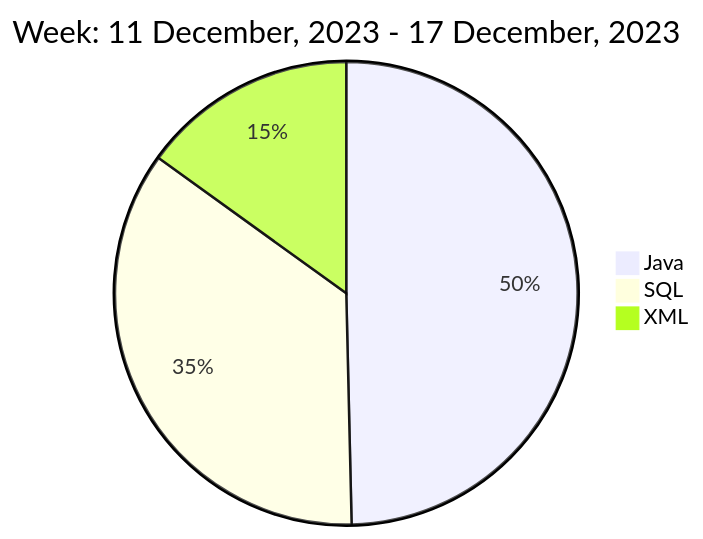
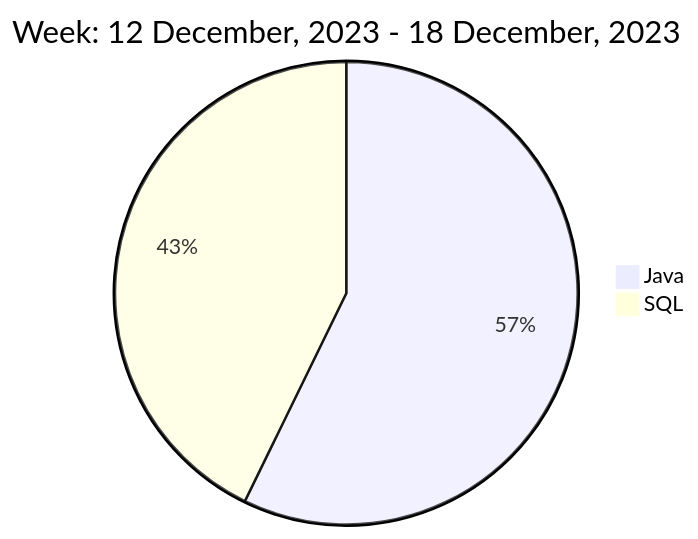
The diagram in README.md (liubin95/liubin95), drawn with Mermaid before and after one commit.

Commit message:
Updated the Graph with new Metrics

````diff
--- a/README.md
+++ b/README.md
@@ -37,7 +37,6 @@
 ```mermaid
  pie
-title Week: 11 December, 2023 - 17 December, 2023
- "Java" : 5.37
- "SQL" : 3.82
- "XML" : 1.63
+title Week: 12 December, 2023 - 18 December, 2023
+ "Java" : 4.12
+ "SQL" : 3.08
 ```
````
